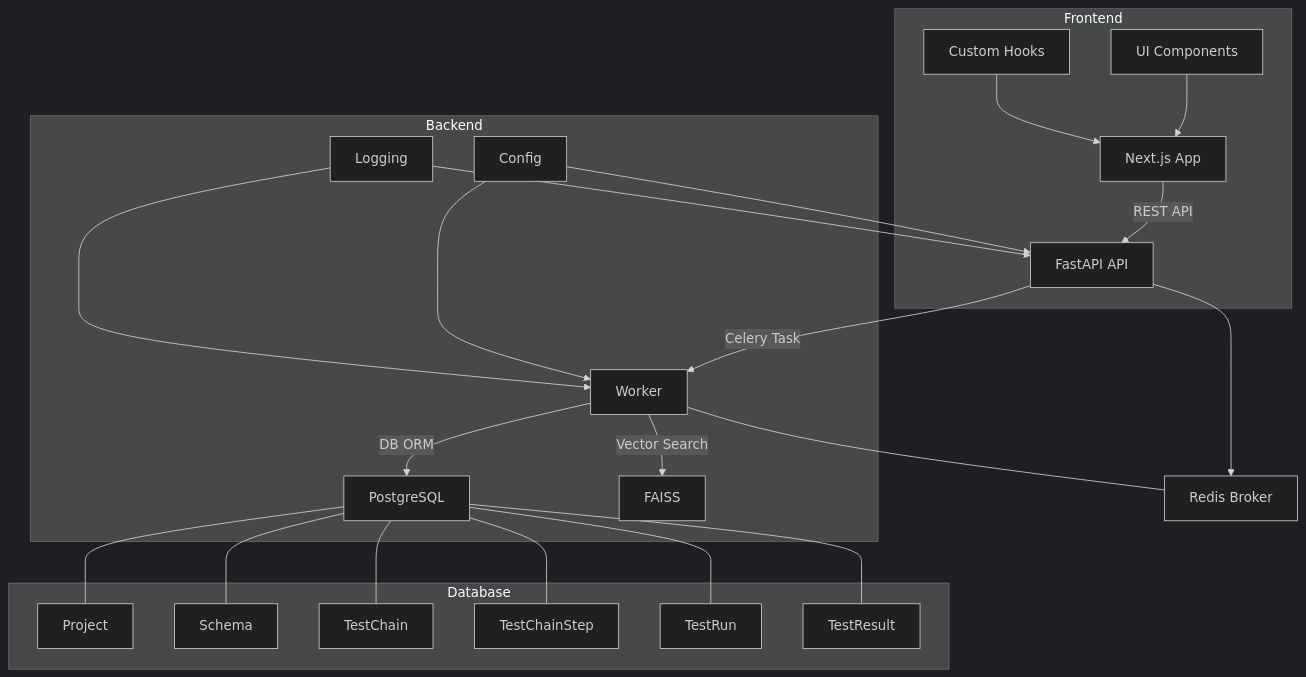
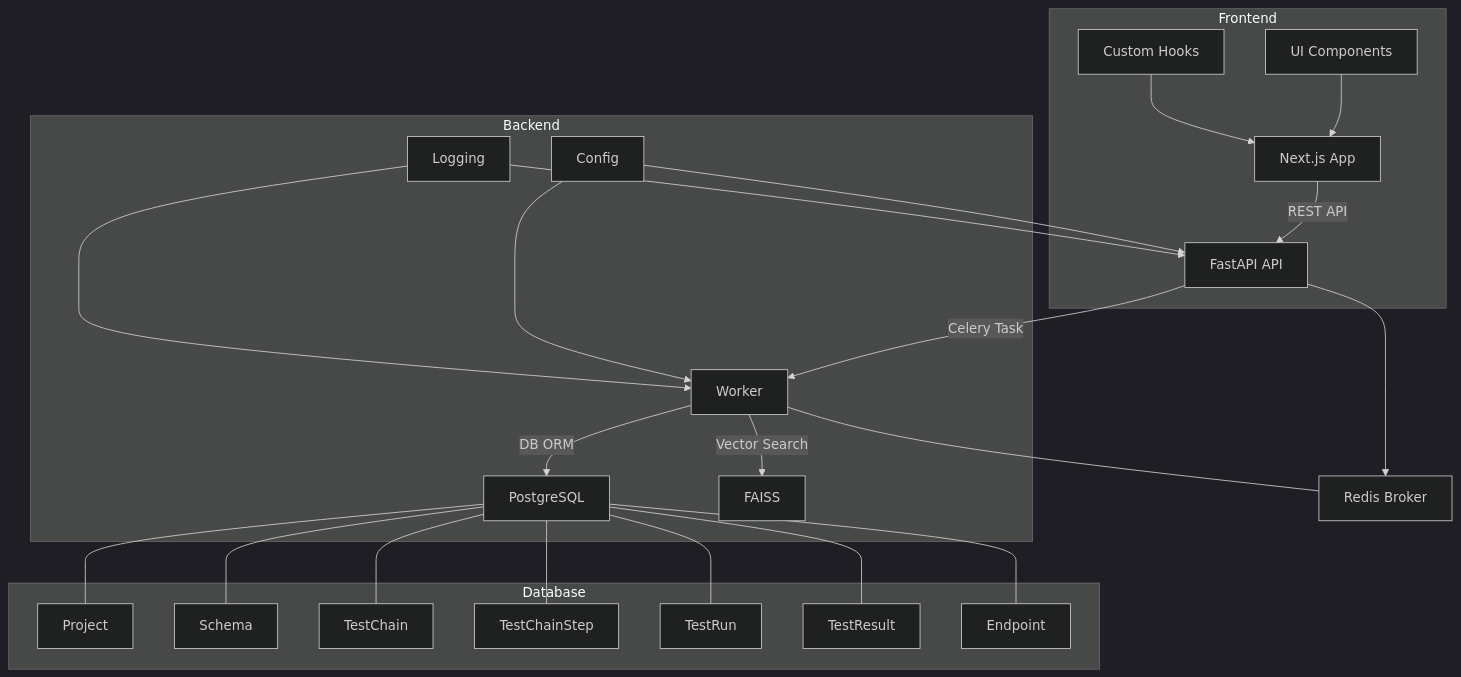
The first of 5 diagrams in ARCHITECTURE.md (Pirikara/caseforge), drawn with Mermaid (dark theme) before and after one commit. The commit also changed other lines of this file and 11 other files, not shown here.

````diff
--- a/ARCHITECTURE.md
+++ b/ARCHITECTURE.md
@@ -53,32 +53,33 @@
 ```mermaid
 graph TD;
   subgraph Frontend
     A[Next.js App] -- REST API --> B[FastAPI API]
     A1[UI Components] --> A
     A2[Custom Hooks] --> A
   end
 
   subgraph Backend
     B -- Celery Task --> C[Worker]
     C -- DB ORM --> D[PostgreSQL]
     C -- Vector Search --> E[FAISS]
     
     F[Config] --> B
     F --> C
     G[Logging] --> B
     G --> C
   end
 
   subgraph Database
     D --- D1[Project]
     D --- D2[Schema]
     D --- D3[TestChain]
     D --- D4[TestChainStep]
     D --- D5[TestRun]
     D --- D6[TestResult]
+    D --- D7[Endpoint]
   end
 
   R[Redis Broker]
   C --- R
   B --> R
 ```
````
